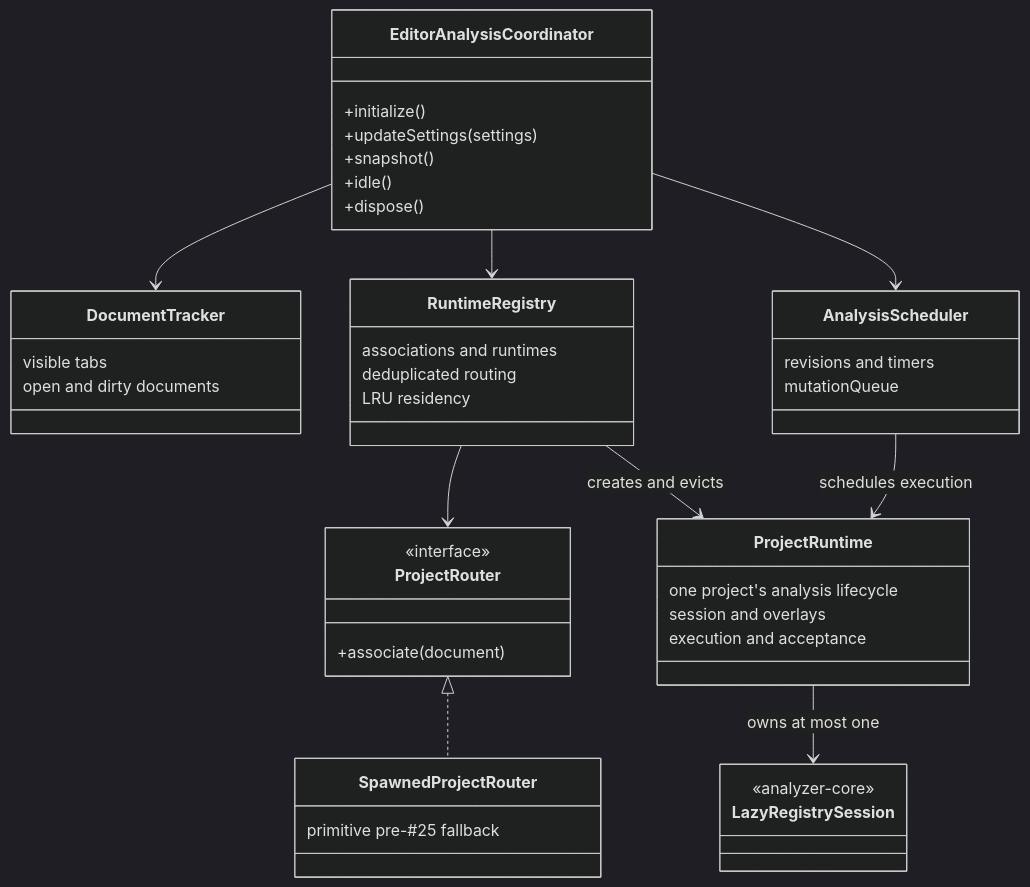
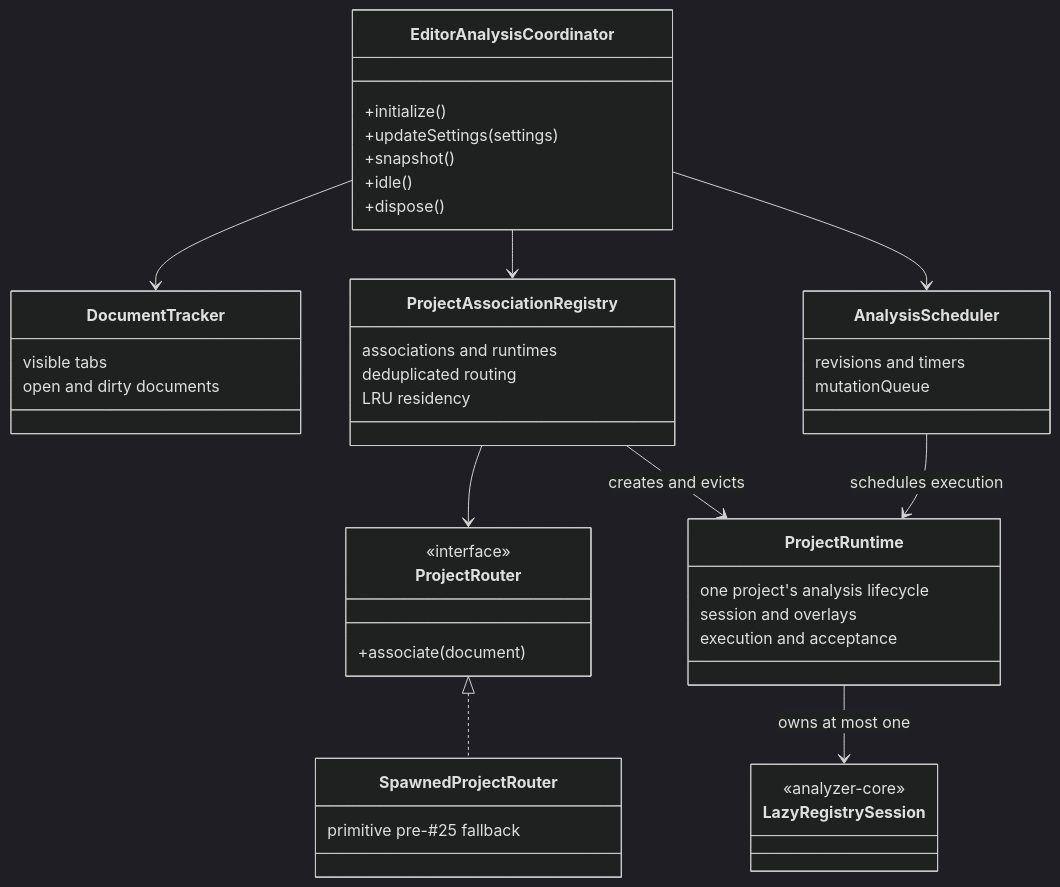
One commit to shining-mind/ts7-lit-analyzer changed the diagram in packages/vscode-extension/README.md. Above: the diagram before and after it, drawn with Mermaid (dark theme). The commit also changed 5 other files, not shown here.

````diff
--- a/packages/vscode-extension/README.md
+++ b/packages/vscode-extension/README.md
@@ -11,47 +11,47 @@
 ```mermaid
 classDiagram
   class EditorAnalysisCoordinator {
     +initialize()
     +updateSettings(settings)
     +snapshot()
     +idle()
     +dispose()
   }
   class DocumentTracker {
     visible tabs
     open and dirty documents
   }
-  class RuntimeRegistry {
+  class ProjectAssociationRegistry {
     associations and runtimes
     deduplicated routing
     LRU residency
   }
   class AnalysisScheduler {
     revisions and timers
     mutationQueue
   }
   class ProjectRuntime {
     one project's analysis lifecycle
     session and overlays
     execution and acceptance
   }
   class ProjectRouter {
     <<interface>>
     +associate(document)
   }
   class SpawnedProjectRouter {
     primitive pre-#25 fallback
   }
   class LazyRegistrySession {
     <<analyzer-core>>
   }
 
   EditorAnalysisCoordinator --> DocumentTracker
-  EditorAnalysisCoordinator --> RuntimeRegistry
+  EditorAnalysisCoordinator --> ProjectAssociationRegistry
   EditorAnalysisCoordinator --> AnalysisScheduler
-  RuntimeRegistry --> ProjectRouter
-  RuntimeRegistry --> ProjectRuntime : creates and evicts
+  ProjectAssociationRegistry --> ProjectRouter
+  ProjectAssociationRegistry --> ProjectRuntime : creates and evicts
   AnalysisScheduler --> ProjectRuntime : schedules execution
   ProjectRuntime --> LazyRegistrySession : owns at most one
   ProjectRouter <|.. SpawnedProjectRouter
 ```
````
